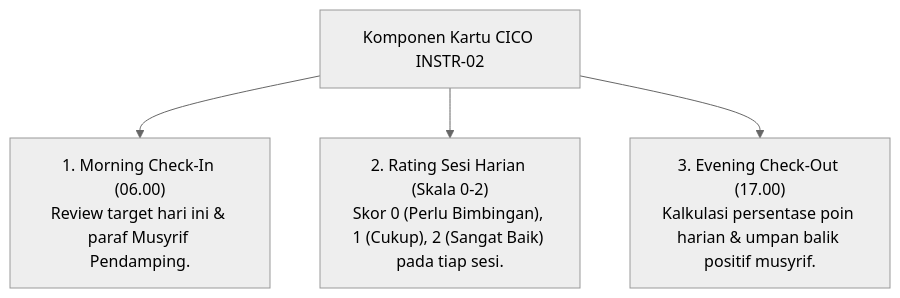
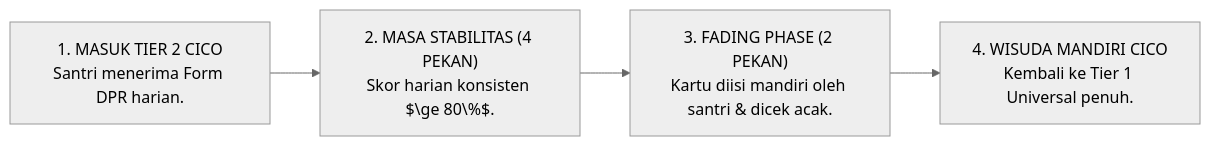
One commit to wandiapriliyandi/tumbuh changed the sixth of 6 diagrams in 05 Assessment Framework/04 Assessment Instruments/P5-04-02-Instrumen-Check-In-Check-Out-CICO-Tier-2.md. Above: the diagram before and after it, drawn with Mermaid (neutral theme). The commit also changed other lines of this file and 6 other files, not shown here.

````diff
--- a/05 Assessment Framework/04 Assessment Instruments/P5-04-02-Instrumen-Check-In-Check-Out-CICO-Tier-2.md
+++ b/05 Assessment Framework/04 Assessment Instruments/P5-04-02-Instrumen-Check-In-Check-Out-CICO-Tier-2.md
@@ -14,7 +205,7 @@
 ```mermaid
-graph TD
-    CICOCard["Komponen Kartu CICO INSTR-02"]
-    CICOCard --> MorningCheck["1. Morning Check-In (06.00)<br/>Review target hari ini & paraf Musyrif Pendamping."]
-    CICOCard --> PeriodCheck["2. Rating Sesi Harian (Skala 0-2)<br/>Skor 0 (Perlu Bimbingan), 1 (Cukup), 2 (Sangat Baik) pada tiap sesi."]
-    CICOCard --> EveningCheck["3. Evening Check-Out (17.00)<br/>Kalkulasi persentase poin harian & umpan balik positif musyrif."]
+flowchart LR
+    Tier2Entry["1. MASUK TIER 2 CICO<br/>Santri menerima Form DPR harian."]
+    --> PhaseStable["2. MASA STABILITAS (4 PEKAN)<br/>Skor harian konsisten $\ge 80\%$."]
+    --> FadingPhase["3. FADING PHASE (2 PEKAN)<br/>Kartu diisi mandiri oleh santri & dicek acak."]
+    --> Graduation["4. WISUDA MANDIRI CICO<br/>Kembali ke Tier 1 Universal penuh."]
 ```
````
